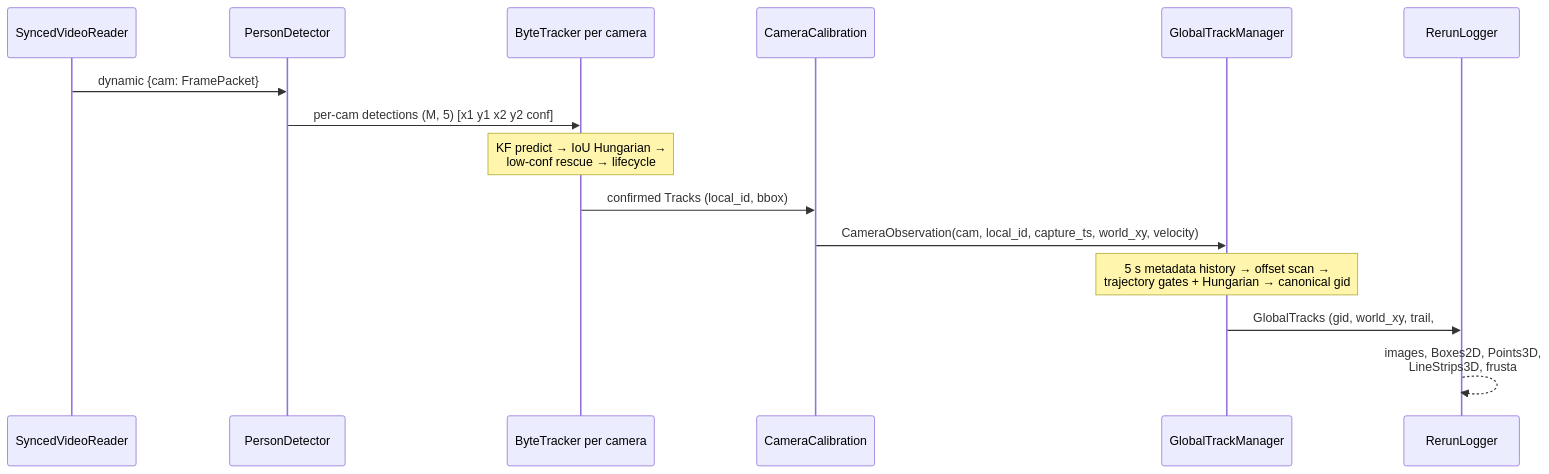
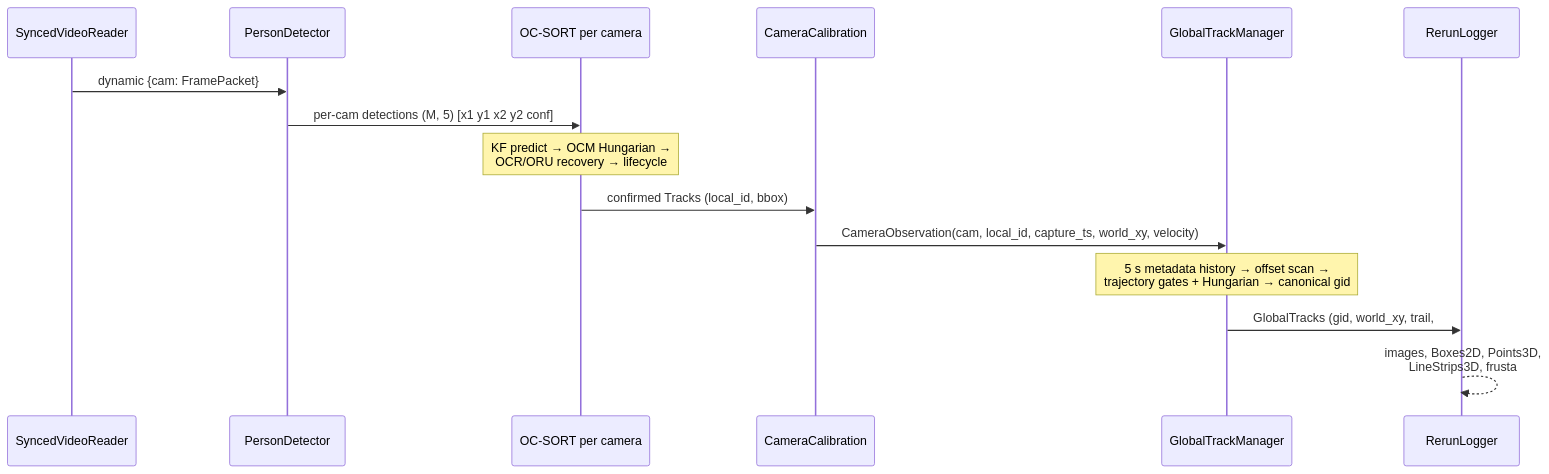
One commit to hahoangtuanhung-hust/Multi-Camera-Tracking changed the second of 2 diagrams in README.md. Above: the diagram before and after it, drawn with Mermaid. The commit also changed other lines of this file and 6 other files, not shown here.

````diff
--- a/README.md
+++ b/README.md
@@ -173,18 +205,18 @@
 ```mermaid
 sequenceDiagram
     participant R as SyncedVideoReader
     participant Y as PersonDetector
-    participant B as ByteTracker per camera
+    participant B as OC-SORT per camera
     participant C as CameraCalibration
     participant G as GlobalTrackManager
     participant Z as RerunLogger
 
     R->>Y: dynamic {cam: FramePacket}
     Y->>B: per-cam detections (M, 5) [x1 y1 x2 y2 conf]
-    Note over B: KF predict → IoU Hungarian →<br/>low-conf rescue → lifecycle
+    Note over B: KF predict → OCM Hungarian →<br/>OCR/ORU recovery → lifecycle
     B->>C: confirmed Tracks (local_id, bbox)
     C->>G: CameraObservation(cam, local_id, capture_ts, world_xy, velocity)
     Note over G: 5 s metadata history → offset scan →<br/>trajectory gates + Hungarian → canonical gid
     G->>Z: GlobalTracks (gid, world_xy, trail, #cams)
     Z-->>Z: images, Boxes2D, Points3D,<br/>LineStrips3D, frusta
 ```
````
